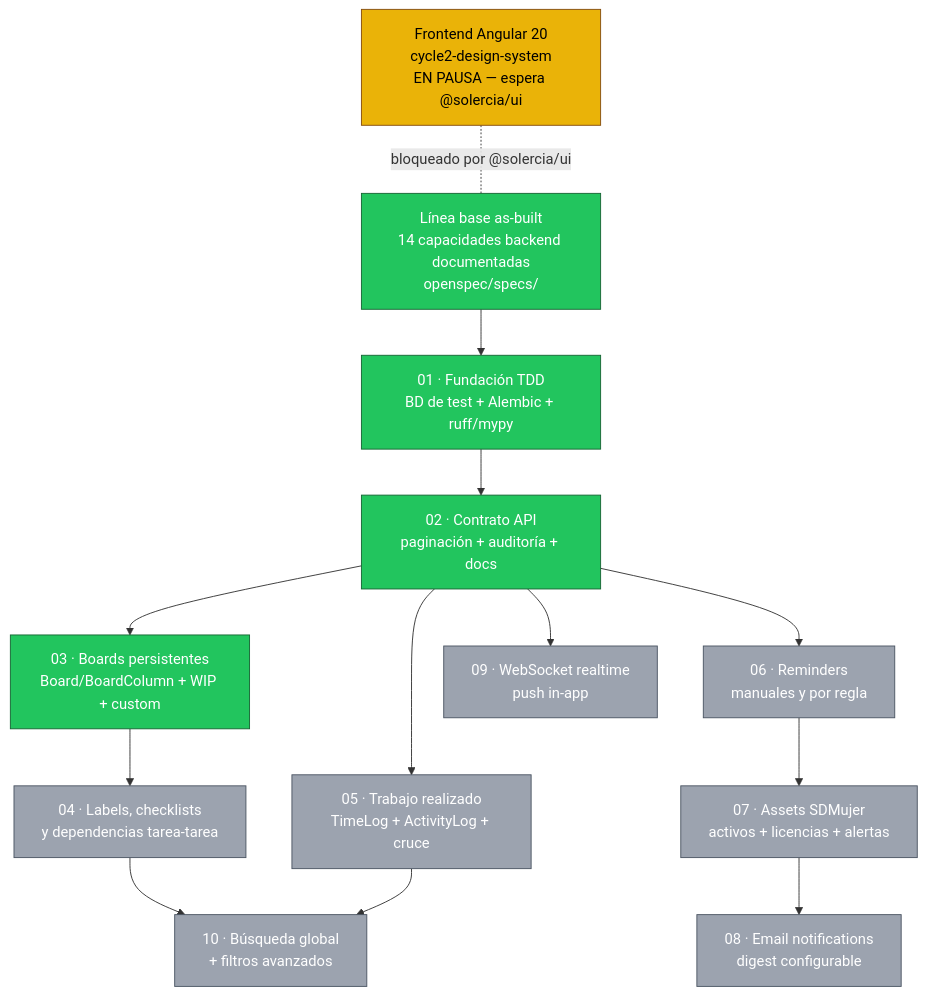
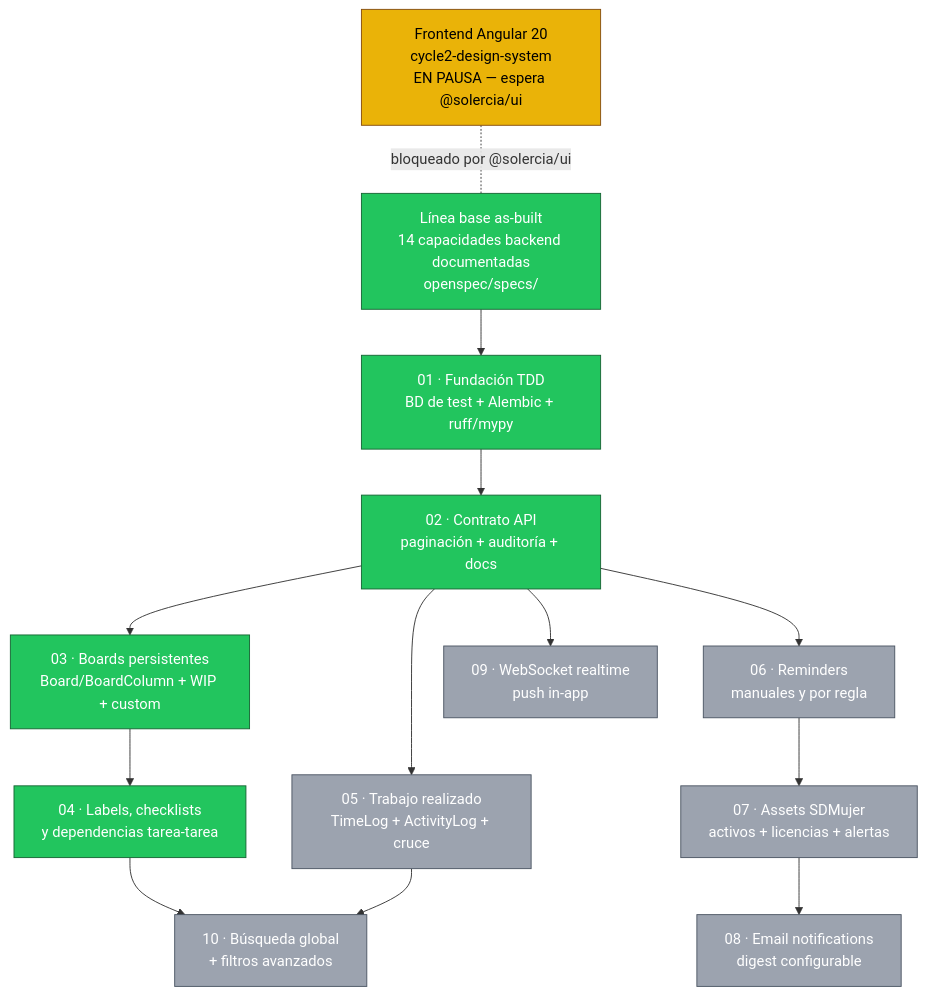
Before and after one commit to solercia-solutions/solercia-command: the diagram in openspec/AVANCE.md, drawn with Mermaid. The commit also changed other lines of this file and 13 other files, not shown here.

````diff
--- a/openspec/AVANCE.md
+++ b/openspec/AVANCE.md
@@ -9,39 +9,40 @@
 ```mermaid
 flowchart TD
     B0["Línea base as-built<br/>14 capacidades backend documentadas<br/>openspec/specs/"]
 
     C01["01 · Fundación TDD<br/>BD de test + Alembic + ruff/mypy"]
     C02["02 · Contrato API<br/>paginación + auditoría + docs"]
     C03["03 · Boards persistentes<br/>Board/BoardColumn + WIP + custom"]
     C04["04 · Labels, checklists<br/>y dependencias tarea-tarea"]
     C05["05 · Trabajo realizado<br/>TimeLog + ActivityLog + cruce"]
     C06["06 · Reminders<br/>manuales y por regla"]
     C07["07 · Assets SDMujer<br/>activos + licencias + alertas"]
     C08["08 · Email notifications<br/>digest configurable"]
     C09["09 · WebSocket realtime<br/>push in-app"]
     C10["10 · Búsqueda global<br/>+ filtros avanzados"]
 
     FE["Frontend Angular 20<br/>cycle2-design-system<br/>EN PAUSA — espera @solercia/ui"]
 
     B0 --> C01
     C01 --> C02
     C02 --> C03 --> C04
     C02 --> C05
     C02 --> C06 --> C07 --> C08
     C02 --> C09
     C04 --> C10
     C05 --> C10
 
     FE -.bloqueado por @solercia/ui.- B0
 
     class B0 done
     class C01 done
     class C02 done
     class C03 done
+    class C04 done
     class FE inprogress
-    class C04,C05,C06,C07,C08,C09,C10 pending
+    class C05,C06,C07,C08,C09,C10 pending
 
     classDef done fill:#22c55e,stroke:#166534,color:#ffffff
     classDef inprogress fill:#eab308,stroke:#854d0e,color:#000000
     classDef pending fill:#9ca3af,stroke:#4b5563,color:#ffffff
 ```
````
